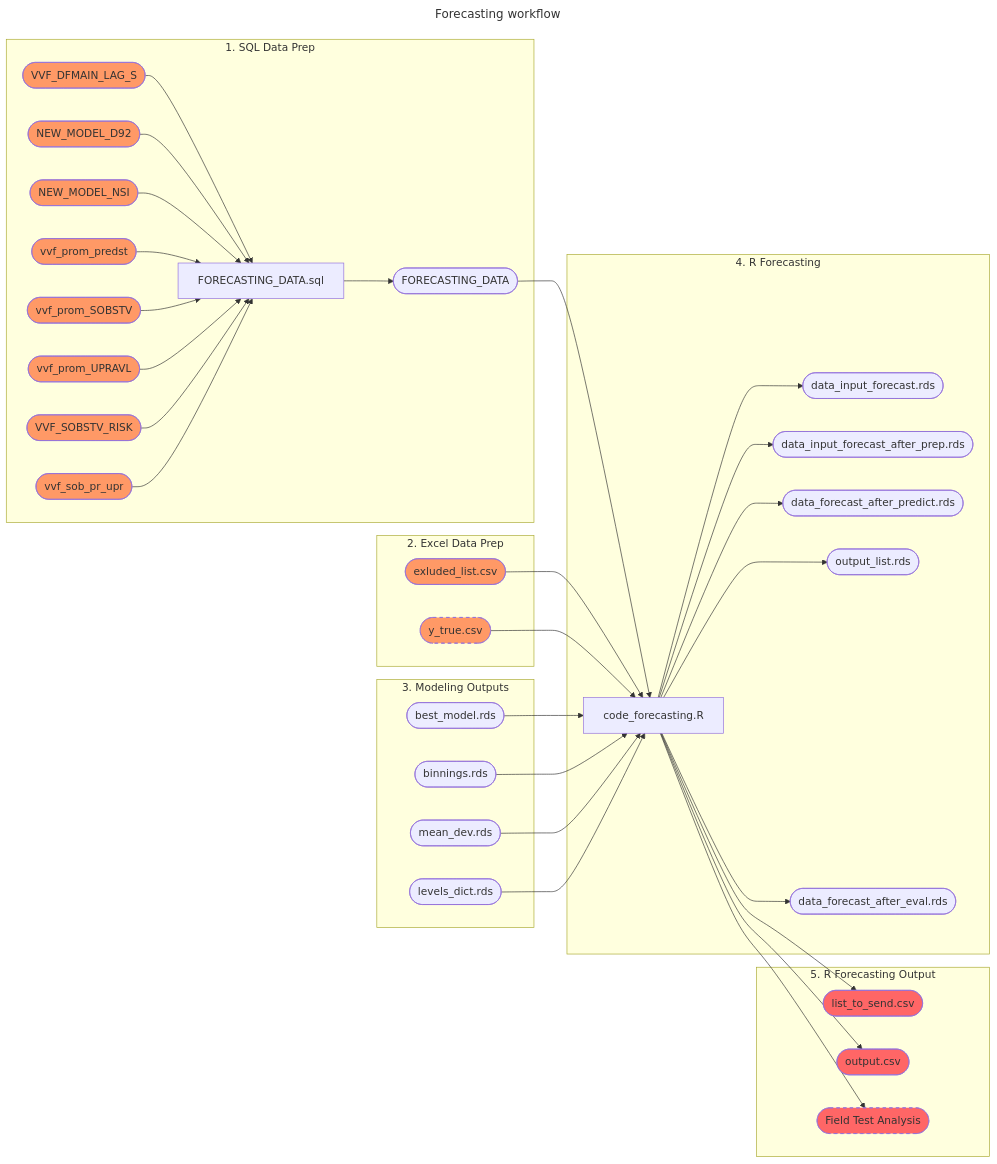
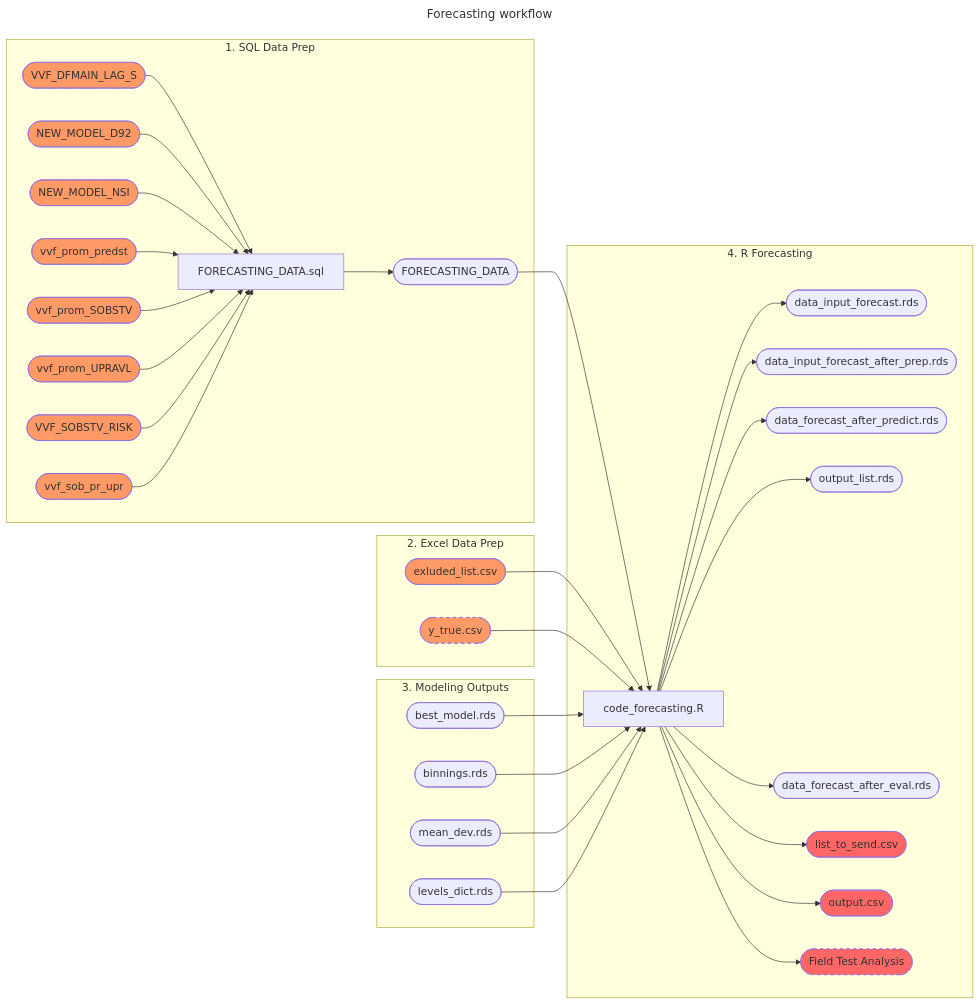
The third of 3 diagrams in user-manual.md (angel-marchev/case-cold-start-modeling), drawn with Mermaid before and after one commit.

````diff
--- a/user-manual.md
+++ b/user-manual.md
@@ -79,58 +79,58 @@
 ```mermaid
 ---
 title: Forecasting workflow
 ---
 flowchart LR;
 
 subgraph sql_forecasting["1. SQL Data Prep"]
     input_data([VVF_DFMAIN_LAG_S])-->sql_forecast[FORECASTING_DATA.sql];
     dekl92([NEW_MODEL_D92])-->sql_forecast[FORECASTING_DATA.sql];
     gfo([NEW_MODEL_NSI])-->sql_forecast[FORECASTING_DATA.sql];
     flag_predst([vvf_prom_predst])-->sql_forecast[FORECASTING_DATA.sql];
     flag_sobst([vvf_prom_SOBSTV])-->sql_forecast[FORECASTING_DATA.sql];
     flag_uprav([vvf_prom_UPRAVL])-->sql_forecast[FORECASTING_DATA.sql];
     flag_sobst_risk([VVF_SOBSTV_RISK])-->sql_forecast[FORECASTING_DATA.sql];
     flag_promeni([vvf_sob_pr_upr])-->sql_forecast[FORECASTING_DATA.sql];
     sql_forecast[FORECASTING_DATA.sql]-->forecasting_table([FORECASTING_DATA]);
     class input_data,dekl92,gfo,flag_predst,flag_sobst,flag_uprav,flag_sobst_risk,flag_promeni ToBePrapared;
     classDef ToBePrapared fill:#f96;
 end
 
 subgraph excel_data_prep["2. Excel Data Prep"]
     excl_list([exluded_list.csv]);
     style excl_list fill:#f96;
     field_test([y_true.csv]);
     style field_test fill:#f96,stroke-dasharray: 5 5; 
 end
 
 subgraph R_modeling_output["3. Modeling Outputs"]
     best_model([best_model.rds]);
     binnings([binnings.rds]);
     mean_dev([mean_dev.rds]);
     levels_dict([levels_dict.rds]);
 end
 
 subgraph R_forecasting["4. R Forecasting"]
     forecasting_table([FORECASTING_DATA])-->r_forecast[code_forecasting.R];
     excl_list([exluded_list.csv])-->r_forecast[code_forecasting.R];
     field_test([y_true.csv])-->r_forecast[code_forecasting.R];
     best_model([best_model.rds])-->r_forecast[code_forecasting.R];
     binnings([binnings.rds])-->r_forecast[code_forecasting.R];
     mean_dev([mean_dev.rds])-->r_forecast[code_forecasting.R];
     levels_dict([levels_dict.rds])-->r_forecast[code_forecasting.R];
     r_forecast[code_forecasting.R]-->output9([data_input_forecast.rds]);
     r_forecast[code_forecasting.R]-->output10([data_input_forecast_after_prep.rds]);
     r_forecast[code_forecasting.R]-->output11([data_forecast_after_predict.rds]);
     r_forecast[code_forecasting.R]-->output12([output_list.rds]);
     r_forecast[code_forecasting.R]-->output13([data_forecast_after_eval.rds]);
-end
+%%end
 
-subgraph R_output["5. R Forecasting Output"]
+%%subgraph R_output["5. R Forecasting Output"]
     r_forecast[code_forecasting.R]-->output_list([list_to_send.csv]);
     r_forecast[code_forecasting.R]-->explained_list([output.csv]);
     r_forecast[code_forecasting.R]-->field_test_analysis(["Field Test Analysis"]);
     style field_test_analysis fill:#f66,stroke-dasharray: 5 5;
     class output_list,explained_list ToBeUsed;
     classDef ToBeUsed fill:#f66;
 end
 ```
````
